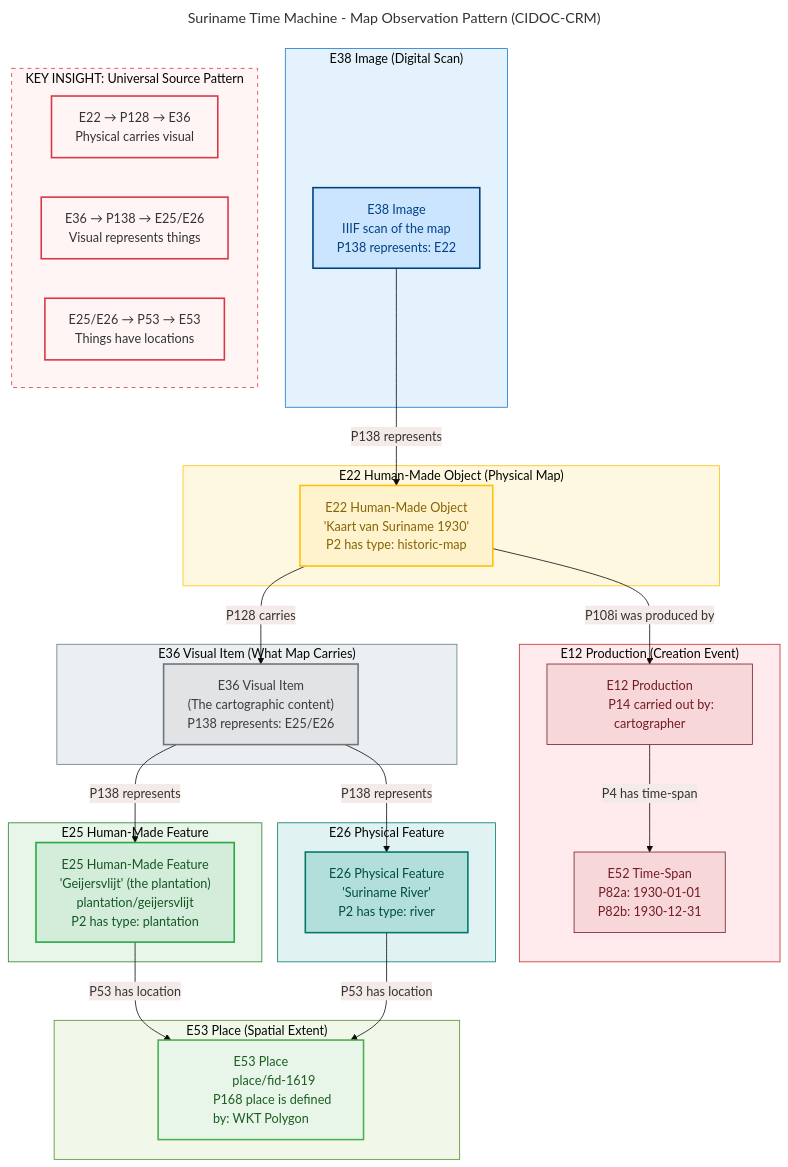
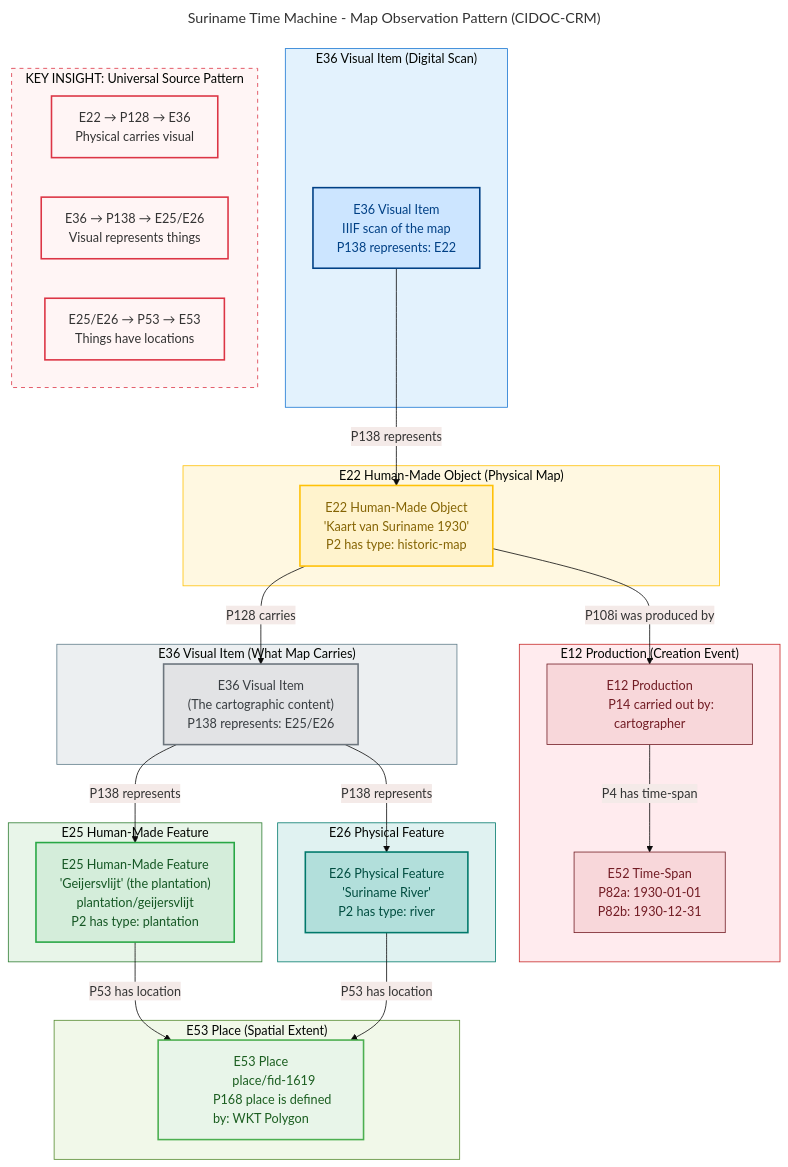
Before and after one commit to jonaschlegel/suriname-database-model: the diagram in docs/models/map-observation-pattern.mmd, drawn with Mermaid. The commit also changed 15 other files, not shown here.

```diff
--- a/docs/models/map-observation-pattern.mmd
+++ b/docs/models/map-observation-pattern.mmd
@@ -1,97 +1,97 @@
 ---
 title: Suriname Time Machine - Map Observation Pattern (CIDOC-CRM)
 ---
 %%{init: {'theme': 'base', 'themeVariables': { 'primaryColor': '#e8f4ea'}}}%%
 flowchart TB
     subgraph SOURCE_LAYER ["E22 Human-Made Object (Physical Map)"]
         E22["E22 Human-Made Object
         'Kaart van Suriname 1930'
         P2 has type: historic-map"]
     end
 
-    subgraph DIGITAL_LAYER ["E38 Image (Digital Scan)"]
-        E38["E38 Image
+    subgraph DIGITAL_LAYER ["E36 Visual Item (Digital Scan)"]
+        E36_IMG["E36 Visual Item
         IIIF scan of the map
         P138 represents: E22"]
     end
 
     subgraph VISUAL_LAYER ["E36 Visual Item (What Map Carries)"]
         E36["E36 Visual Item
         (The cartographic content)
         P138 represents: E25/E26"]
     end
 
     subgraph PRODUCTION_LAYER ["E12 Production (Creation Event)"]
         E12["E12 Production
         P14 carried out by: cartographer"]
         E52["E52 Time-Span
         P82a: 1930-01-01
         P82b: 1930-12-31"]
     end
 
     subgraph THING_LAYER ["E25 Human-Made Feature"]
         E25["E25 Human-Made Feature
         'Geijersvlijt' (the plantation)
         plantation/geijersvlijt
         P2 has type: plantation"]
     end
 
     subgraph FEATURE_LAYER ["E26 Physical Feature"]
         E26["E26 Physical Feature
         'Suriname River'
         P2 has type: river"]
     end
 
     subgraph PLACE_LAYER ["E53 Place (Spatial Extent)"]
         E53["E53 Place
         place/fid-1619
         P168 place is defined by: WKT Polygon"]
     end
 
     E22 -->|"P128 carries"| E36
-    E38 -->|"P138 represents"| E22
+    E36_IMG -->|"P138 represents"| E22
     E22 -->|"P108i was produced by"| E12
     E12 -->|"P4 has time-span"| E52
 
     E36 -->|"P138 represents"| E25
     E36 -->|"P138 represents"| E26
 
     E25 -->|"P53 has location"| E53
     E26 -->|"P53 has location"| E53
 
     subgraph KEY_INSIGHT ["KEY INSIGHT: Universal Source Pattern"]
         direction LR
         KEY1["E22 → P128 → E36
         Physical carries visual"]
         KEY2["E36 → P138 → E25/E26
         Visual represents things"]
         KEY3["E25/E26 → P53 → E53
         Things have locations"]
     end
 
     classDef e22 fill:#fff3cd,stroke:#ffc107,stroke-width:2px,color:#856404
-    classDef e38 fill:#cce5ff,stroke:#004085,stroke-width:2px,color:#004085
+    classDef e36img fill:#cce5ff,stroke:#004085,stroke-width:2px,color:#004085
     classDef e36 fill:#e2e3e5,stroke:#6c757d,stroke-width:2px,color:#383d41
     classDef e25 fill:#d4edda,stroke:#28a745,stroke-width:2px,color:#155724
     classDef e26 fill:#b2dfdb,stroke:#00796b,stroke-width:2px,color:#004d40
     classDef e53 fill:#e8f5e9,stroke:#4caf50,stroke-width:2px,color:#1b5e20
     classDef production fill:#f8d7da,stroke:#721c24,stroke-width:1px,color:#721c24
     classDef insight fill:#fff5f5,stroke:#dc3545,stroke-width:2px
 
     class E22 e22
-    class E38 e38
+    class E36_IMG e36img
     class E36 e36
     class E25 e25
     class E26 e26
     class E53 e53
     class E12,E52 production
     class KEY1,KEY2,KEY3 insight
 
     style SOURCE_LAYER fill:#fff8e1,stroke:#ffc107
     style DIGITAL_LAYER fill:#e3f2fd,stroke:#1976d2
     style VISUAL_LAYER fill:#eceff1,stroke:#607d8b
     style PRODUCTION_LAYER fill:#ffebee,stroke:#c62828
     style THING_LAYER fill:#e8f5e9,stroke:#2e7d32
     style FEATURE_LAYER fill:#e0f2f1,stroke:#00796b
     style PLACE_LAYER fill:#f1f8e9,stroke:#558b2f
     style KEY_INSIGHT fill:#fff5f5,stroke:#dc3545,stroke-dasharray: 5 5
```
